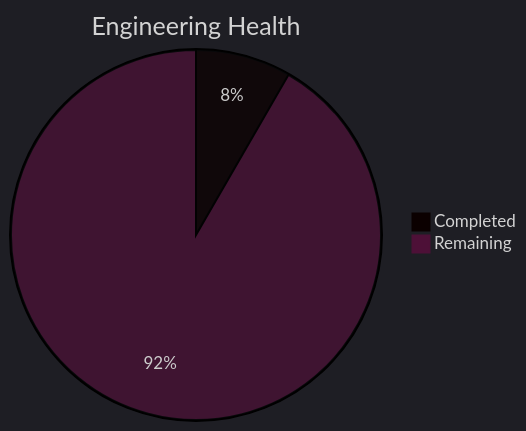
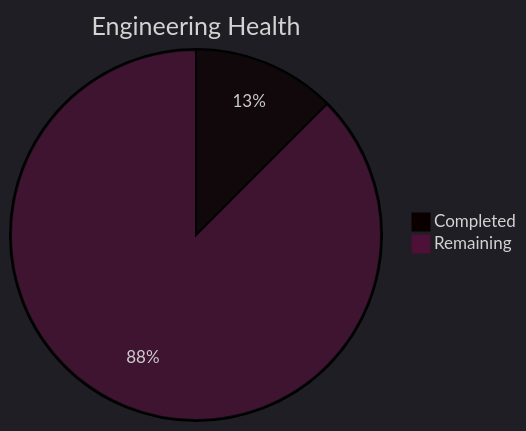
Before and after one commit to Neogleamz/SK8Lytz: the third of 5 diagrams in tools/SK8Lytz_Bucket_List.md, drawn with Mermaid. The commit also changed other lines of this file and 4 other files, not shown here.

````diff
--- a/tools/SK8Lytz_Bucket_List.md
+++ b/tools/SK8Lytz_Bucket_List.md
@@ -44,6 +37,6 @@
 ```mermaid
 %%{init: {'theme': 'dark'}}%%
 pie title Engineering Health
-  "Completed" : 1
-  "Remaining" : 11
+  "Completed" : 2
+  "Remaining" : 14
 ```
````
